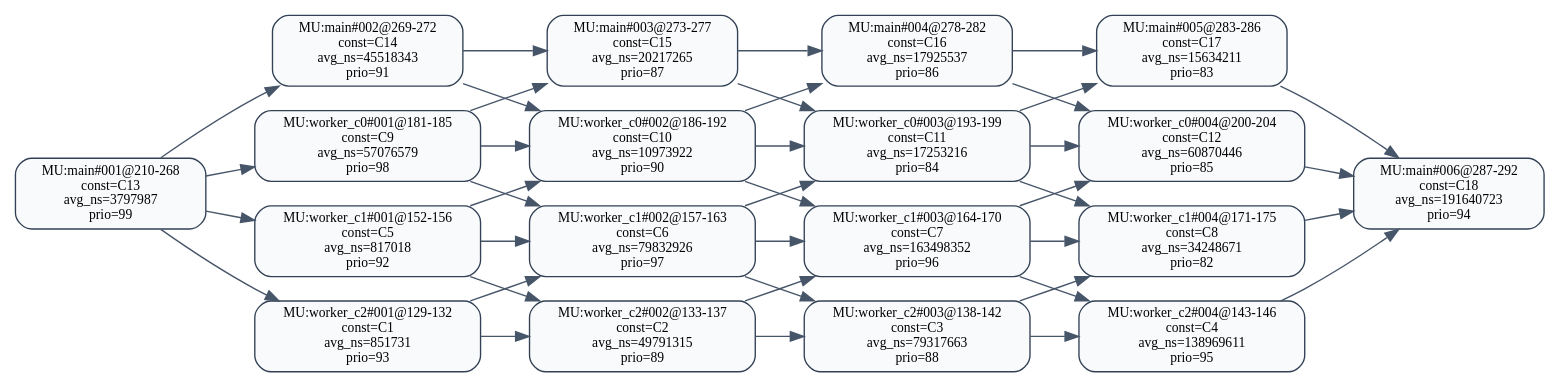
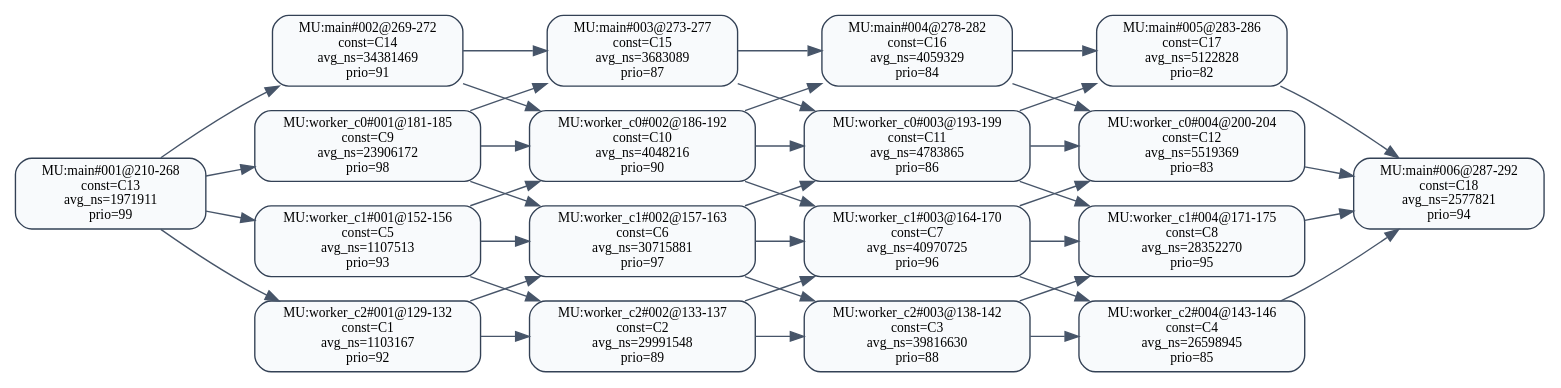
The diagram in 中间结果/zhang3/pipeline/validation/level2/effective_line_merge/zhao2020/dag_seg_annotated.dot (RTS-SYSU/DAG-Gen), drawn with Graphviz before and after one commit. The commit also changed 4464 other files, not shown here.

```diff
--- a/中间结果/zhang3/pipeline/validation/level2/effective_line_merge/zhao2020/dag_seg_annotated.dot
+++ b/中间结果/zhang3/pipeline/validation/level2/effective_line_merge/zhao2020/dag_seg_annotated.dot
@@ -1,61 +1,61 @@
 digraph dag_seg_annotated {
   rankdir=LR;
   node [shape=box, style="rounded,filled", fillcolor="#F8FAFC", color="#334155", fontsize=10];
   edge [color="#475569"];
-  "MU:main#001@210-268" [label="MU:main#001@210-268\nconst=C13\navg_ns=3797987\nprio=99"];
-  "MU:main#002@269-272" [label="MU:main#002@269-272\nconst=C14\navg_ns=45518343\nprio=91"];
-  "MU:main#003@273-277" [label="MU:main#003@273-277\nconst=C15\navg_ns=20217265\nprio=87"];
-  "MU:main#004@278-282" [label="MU:main#004@278-282\nconst=C16\navg_ns=17925537\nprio=86"];
-  "MU:main#005@283-286" [label="MU:main#005@283-286\nconst=C17\navg_ns=15634211\nprio=83"];
-  "MU:main#006@287-292" [label="MU:main#006@287-292\nconst=C18\navg_ns=191640723\nprio=94"];
-  "MU:worker_c0#001@181-185" [label="MU:worker_c0#001@181-185\nconst=C9\navg_ns=57076579\nprio=98"];
-  "MU:worker_c0#002@186-192" [label="MU:worker_c0#002@186-192\nconst=C10\navg_ns=10973922\nprio=90"];
-  "MU:worker_c0#003@193-199" [label="MU:worker_c0#003@193-199\nconst=C11\navg_ns=17253216\nprio=84"];
-  "MU:worker_c0#004@200-204" [label="MU:worker_c0#004@200-204\nconst=C12\navg_ns=60870446\nprio=85"];
-  "MU:worker_c1#001@152-156" [label="MU:worker_c1#001@152-156\nconst=C5\navg_ns=817018\nprio=92"];
-  "MU:worker_c1#002@157-163" [label="MU:worker_c1#002@157-163\nconst=C6\navg_ns=79832926\nprio=97"];
-  "MU:worker_c1#003@164-170" [label="MU:worker_c1#003@164-170\nconst=C7\navg_ns=163498352\nprio=96"];
-  "MU:worker_c1#004@171-175" [label="MU:worker_c1#004@171-175\nconst=C8\navg_ns=34248671\nprio=82"];
-  "MU:worker_c2#001@129-132" [label="MU:worker_c2#001@129-132\nconst=C1\navg_ns=851731\nprio=93"];
-  "MU:worker_c2#002@133-137" [label="MU:worker_c2#002@133-137\nconst=C2\navg_ns=49791315\nprio=89"];
-  "MU:worker_c2#003@138-142" [label="MU:worker_c2#003@138-142\nconst=C3\navg_ns=79317663\nprio=88"];
-  "MU:worker_c2#004@143-146" [label="MU:worker_c2#004@143-146\nconst=C4\navg_ns=138969611\nprio=95"];
+  "MU:main#001@210-268" [label="MU:main#001@210-268\nconst=C13\navg_ns=1971911\nprio=99"];
+  "MU:main#002@269-272" [label="MU:main#002@269-272\nconst=C14\navg_ns=34381469\nprio=91"];
+  "MU:main#003@273-277" [label="MU:main#003@273-277\nconst=C15\navg_ns=3683089\nprio=87"];
+  "MU:main#004@278-282" [label="MU:main#004@278-282\nconst=C16\navg_ns=4059329\nprio=84"];
+  "MU:main#005@283-286" [label="MU:main#005@283-286\nconst=C17\navg_ns=5122828\nprio=82"];
+  "MU:main#006@287-292" [label="MU:main#006@287-292\nconst=C18\navg_ns=2577821\nprio=94"];
+  "MU:worker_c0#001@181-185" [label="MU:worker_c0#001@181-185\nconst=C9\navg_ns=23906172\nprio=98"];
+  "MU:worker_c0#002@186-192" [label="MU:worker_c0#002@186-192\nconst=C10\navg_ns=4048216\nprio=90"];
+  "MU:worker_c0#003@193-199" [label="MU:worker_c0#003@193-199\nconst=C11\navg_ns=4783865\nprio=86"];
+  "MU:worker_c0#004@200-204" [label="MU:worker_c0#004@200-204\nconst=C12\navg_ns=5519369\nprio=83"];
+  "MU:worker_c1#001@152-156" [label="MU:worker_c1#001@152-156\nconst=C5\navg_ns=1107513\nprio=93"];
+  "MU:worker_c1#002@157-163" [label="MU:worker_c1#002@157-163\nconst=C6\navg_ns=30715881\nprio=97"];
+  "MU:worker_c1#003@164-170" [label="MU:worker_c1#003@164-170\nconst=C7\navg_ns=40970725\nprio=96"];
+  "MU:worker_c1#004@171-175" [label="MU:worker_c1#004@171-175\nconst=C8\navg_ns=28352270\nprio=95"];
+  "MU:worker_c2#001@129-132" [label="MU:worker_c2#001@129-132\nconst=C1\navg_ns=1103167\nprio=92"];
+  "MU:worker_c2#002@133-137" [label="MU:worker_c2#002@133-137\nconst=C2\navg_ns=29991548\nprio=89"];
+  "MU:worker_c2#003@138-142" [label="MU:worker_c2#003@138-142\nconst=C3\navg_ns=39816630\nprio=88"];
+  "MU:worker_c2#004@143-146" [label="MU:worker_c2#004@143-146\nconst=C4\navg_ns=26598945\nprio=85"];
   "MU:worker_c2#001@129-132" -> "MU:worker_c2#002@133-137";
   "MU:worker_c2#002@133-137" -> "MU:worker_c2#003@138-142";
   "MU:worker_c2#003@138-142" -> "MU:worker_c2#004@143-146";
   "MU:worker_c1#001@152-156" -> "MU:worker_c1#002@157-163";
   "MU:worker_c1#002@157-163" -> "MU:worker_c1#003@164-170";
   "MU:worker_c1#003@164-170" -> "MU:worker_c1#004@171-175";
   "MU:worker_c0#001@181-185" -> "MU:worker_c0#002@186-192";
   "MU:worker_c0#002@186-192" -> "MU:worker_c0#003@193-199";
   "MU:worker_c0#003@193-199" -> "MU:worker_c0#004@200-204";
   "MU:main#001@210-268" -> "MU:main#002@269-272";
   "MU:main#002@269-272" -> "MU:main#003@273-277";
   "MU:main#003@273-277" -> "MU:main#004@278-282";
   "MU:main#004@278-282" -> "MU:main#005@283-286";
   "MU:main#005@283-286" -> "MU:main#006@287-292";
   "MU:main#001@210-268" -> "MU:worker_c0#001@181-185";
   "MU:main#001@210-268" -> "MU:worker_c1#001@152-156";
   "MU:main#001@210-268" -> "MU:worker_c2#001@129-132";
   "MU:worker_c0#004@200-204" -> "MU:main#006@287-292";
   "MU:worker_c1#004@171-175" -> "MU:main#006@287-292";
   "MU:worker_c2#004@143-146" -> "MU:main#006@287-292";
   "MU:worker_c2#001@129-132" -> "MU:worker_c1#002@157-163";
   "MU:worker_c1#001@152-156" -> "MU:worker_c2#002@133-137";
   "MU:worker_c2#002@133-137" -> "MU:worker_c1#003@164-170";
   "MU:worker_c1#002@157-163" -> "MU:worker_c2#003@138-142";
   "MU:worker_c2#003@138-142" -> "MU:worker_c1#004@171-175";
   "MU:worker_c1#003@164-170" -> "MU:worker_c2#004@143-146";
   "MU:worker_c1#001@152-156" -> "MU:worker_c0#002@186-192";
   "MU:worker_c0#001@181-185" -> "MU:worker_c1#002@157-163";
   "MU:worker_c1#002@157-163" -> "MU:worker_c0#003@193-199";
   "MU:worker_c0#002@186-192" -> "MU:worker_c1#003@164-170";
   "MU:worker_c1#003@164-170" -> "MU:worker_c0#004@200-204";
   "MU:worker_c0#003@193-199" -> "MU:worker_c1#004@171-175";
   "MU:worker_c0#001@181-185" -> "MU:main#003@273-277";
   "MU:main#002@269-272" -> "MU:worker_c0#002@186-192";
   "MU:worker_c0#002@186-192" -> "MU:main#004@278-282";
   "MU:main#003@273-277" -> "MU:worker_c0#003@193-199";
   "MU:worker_c0#003@193-199" -> "MU:main#005@283-286";
   "MU:main#004@278-282" -> "MU:worker_c0#004@200-204";
 }
```
